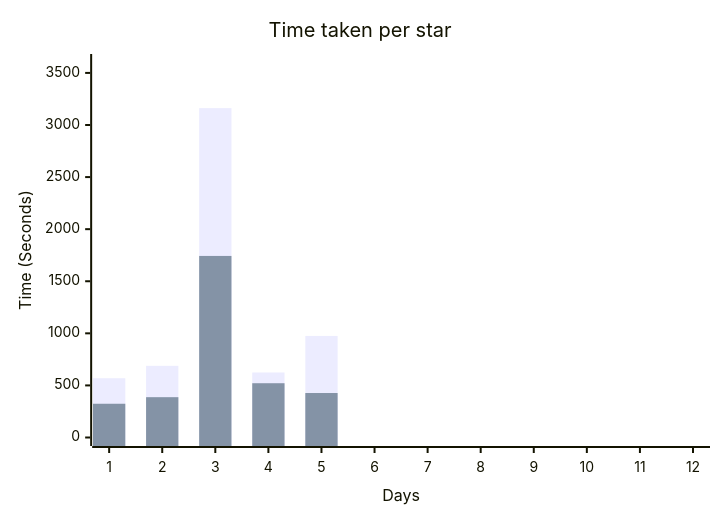
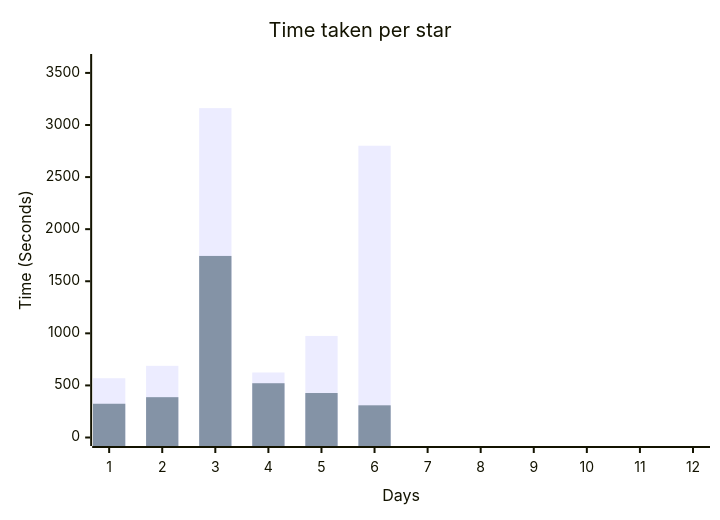
One commit to Voxed/aoc25 changed the diagram in readme.md. Above: the diagram before and after it, drawn with Mermaid. The commit also changed other lines of this file and 2 other files, not shown here.

````diff
--- a/readme.md
+++ b/readme.md
@@ -16,9 +16,8 @@
 ```mermaid
 xychart
     title "Time taken per star"
     x-axis "Days" [1,2,3,4,5,6,7,8,9,10,11,12]
     y-axis "Time (Seconds)" 0 --> 3600
-    bar [569, 688, 3162, 624, 975]
-    bar [324, 387, 1743, 521, 427]
-    line [5000, 6000, 7500, 8200, 9500, 10500, 11000, 10200, 9200, 8500, 7000, 6000]
+    bar [569, 688, 3162, 624, 975, 2801]
+    bar [324, 387, 1743, 521, 427, 309]
 ```
````
